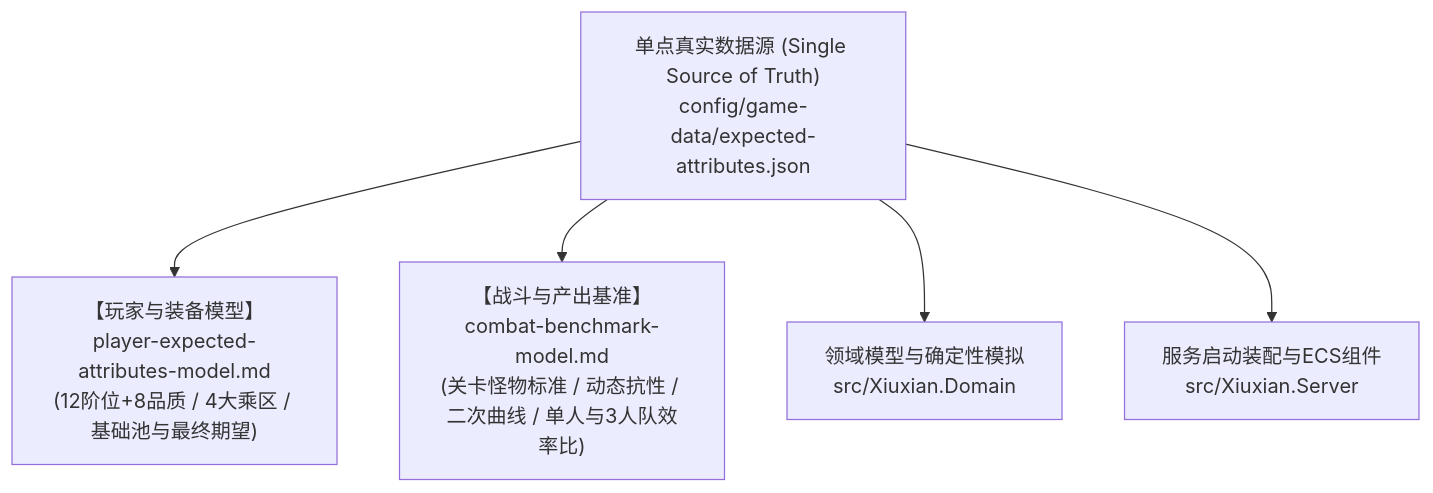
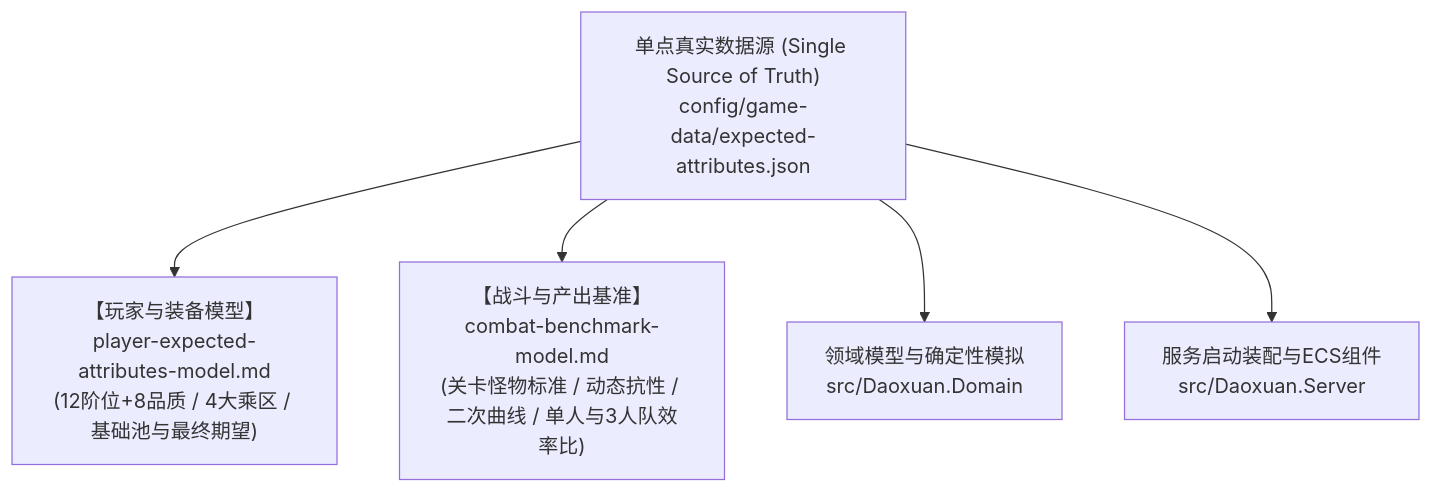
Before and after one commit to fruktoguo/daohua: the diagram in docs/design/game-data.md, drawn with Mermaid. The commit also changed other lines of this file and 189 other files, not shown here.

````diff
--- a/docs/design/game-data.md
+++ b/docs/design/game-data.md
@@ -23,13 +23,13 @@
 ```mermaid
 flowchart TD
     Config["单点真实数据源 (Single Source of Truth)<br>config/game-data/expected-attributes.json"]
     
     Doc1["【玩家与装备模型】<br>player-expected-attributes-model.md<br>(12阶位+8品质 / 4大乘区 / 基础池与最终期望)"]
     Doc2["【战斗与产出基准】<br>combat-benchmark-model.md<br>(关卡怪物标准 / 动态抗性 / 二次曲线 / 单人与3人队效率比)"]
     
-    Domain["领域模型与确定性模拟<br>src/Xiuxian.Domain"]
-    Server["服务启动装配与ECS组件<br>src/Xiuxian.Server"]
+    Domain["领域模型与确定性模拟<br>src/Daoxuan.Domain"]
+    Server["服务启动装配与ECS组件<br>src/Daoxuan.Server"]
     
     Config --> Doc1 & Doc2
     Config --> Domain & Server
 ```
````
